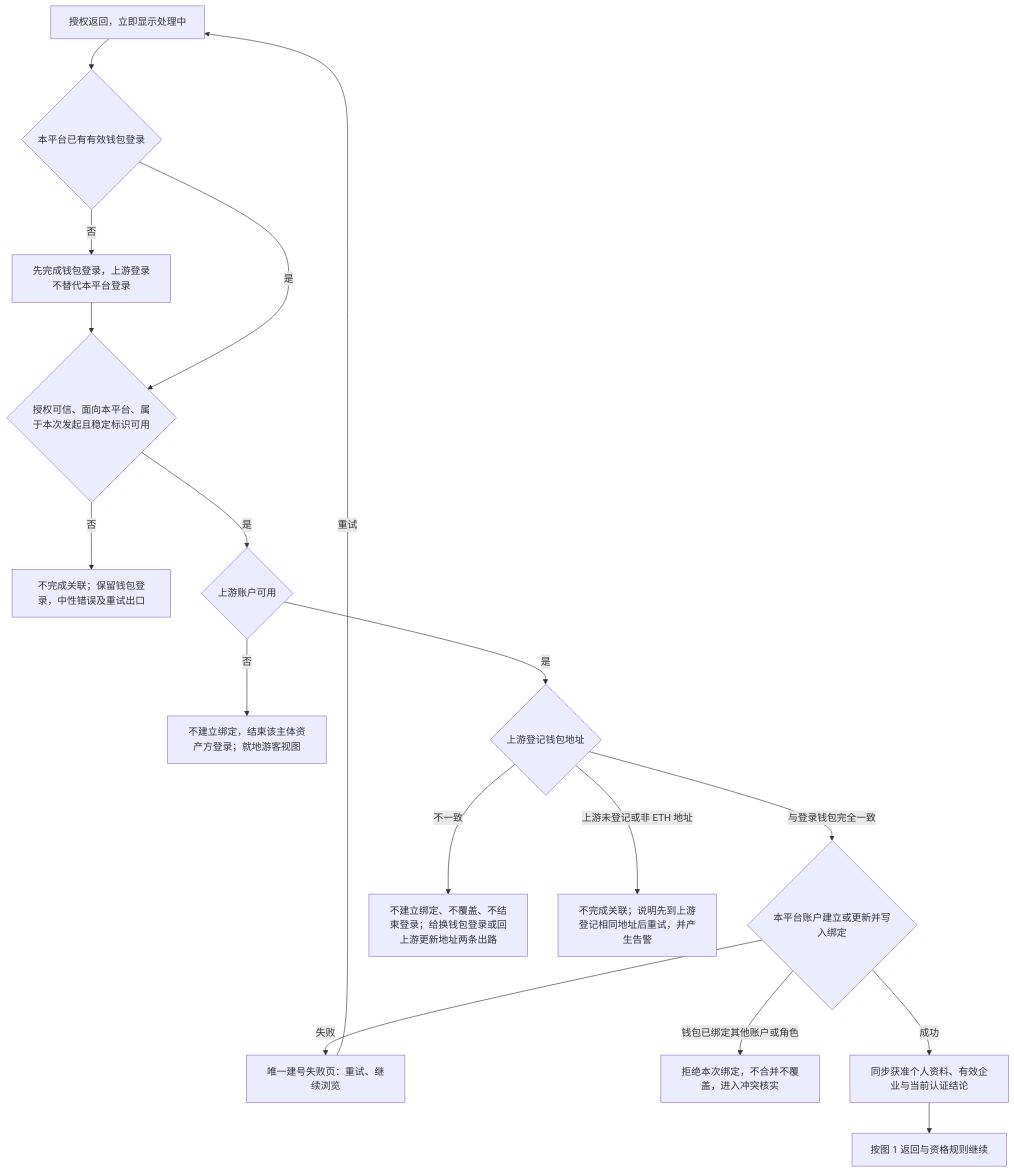
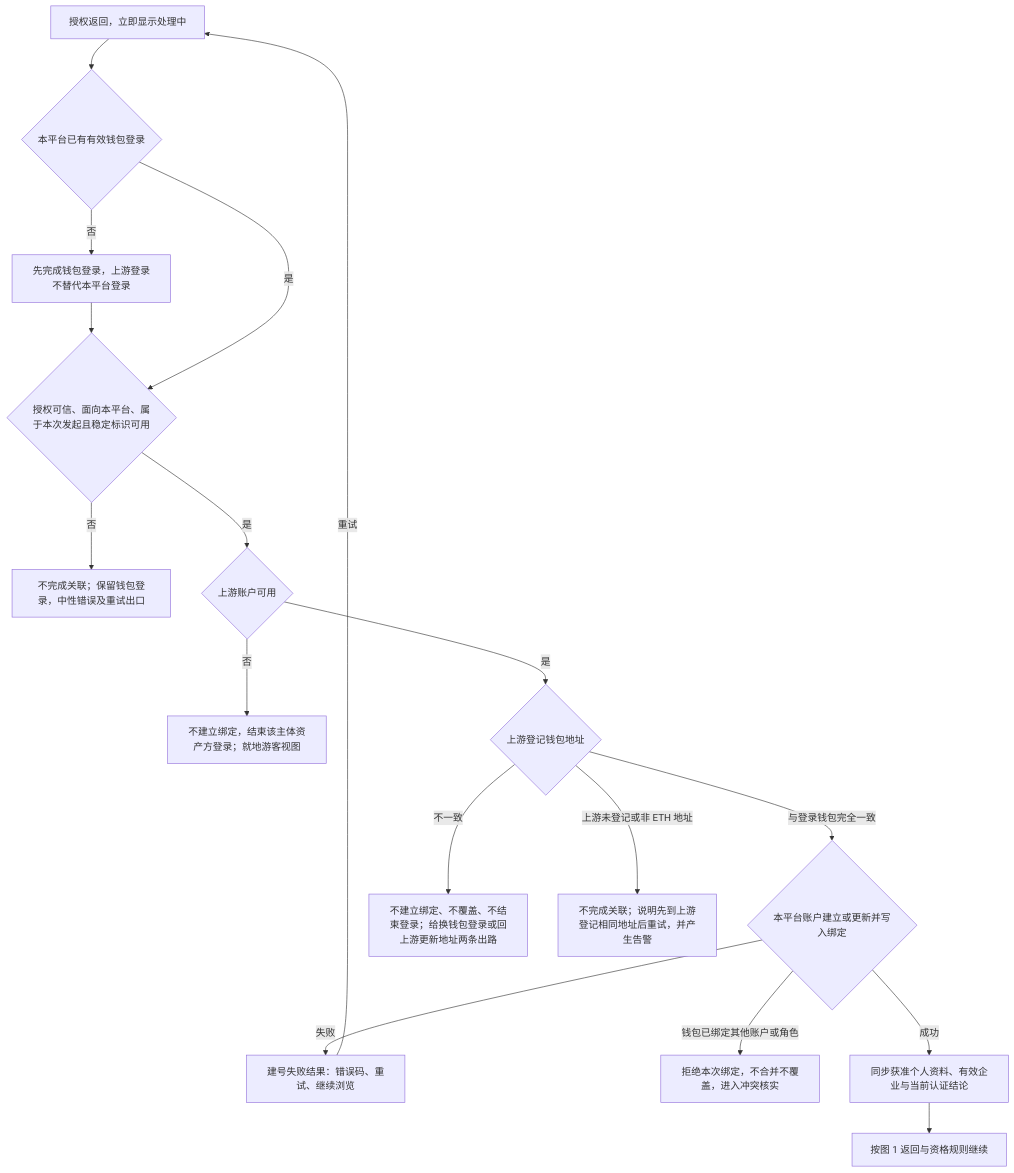
One commit to wxblockchain/Chain-Financing changed the second of 7 diagrams in lending-platform/PRD/v2.0-登录与账户体系/02-登录主干与资产方SSO接入-流程图与状态机.md. Above: the diagram before and after it, drawn with Mermaid. The commit also changed other lines of this file and 2 other files, not shown here.

````diff
--- a/lending-platform/PRD/v2.0-登录与账户体系/02-登录主干与资产方SSO接入-流程图与状态机.md
+++ b/lending-platform/PRD/v2.0-登录与账户体系/02-登录主干与资产方SSO接入-流程图与状态机.md
@@ -45,19 +45,19 @@
 ```mermaid
 flowchart TD
     START["授权返回，立即显示处理中"] --> LOGIN{"本平台已有有效钱包登录"}
     LOGIN -->|否| SIGNIN["先完成钱包登录，上游登录不替代本平台登录"]
     SIGNIN --> AUTH
     LOGIN -->|是| AUTH{"授权可信、面向本平台、属于本次发起且稳定标识可用"}
     AUTH -->|否| FAIL["不完成关联；保留钱包登录，中性错误及重试出口"]
     AUTH -->|是| ACTIVE{"上游账户可用"}
     ACTIVE -->|否| BLOCK["不建立绑定，结束该主体资产方登录；就地游客视图"]
     ACTIVE -->|是| MATCH{"上游登记钱包地址"}
     MATCH -->|与登录钱包完全一致| BIND
     MATCH -->|不一致| CONFLICT["不建立绑定、不覆盖、不结束登录；给换钱包登录或回上游更新地址两条出路"]
     MATCH -->|上游未登记或非 ETH 地址| MISSING["不完成关联；说明先到上游登记相同地址后重试，并产生告警"]
-    BIND{"本平台账户建立或更新并写入绑定"} -->|失败| ERROR["唯一建号失败页：重试、继续浏览"]
+    BIND{"本平台账户建立或更新并写入绑定"} -->|失败| ERROR["建号失败结果：错误码、重试、继续浏览"]
     BIND -->|钱包已绑定其他账户或角色| REJECT["拒绝本次绑定，不合并不覆盖，进入冲突核实"]
     BIND -->|成功| SYNC["同步获准个人资料、有效企业与当前认证结论"]
     SYNC --> LAND["按图 1 返回与资格规则继续"]
     ERROR -->|重试| START
 ```
````
